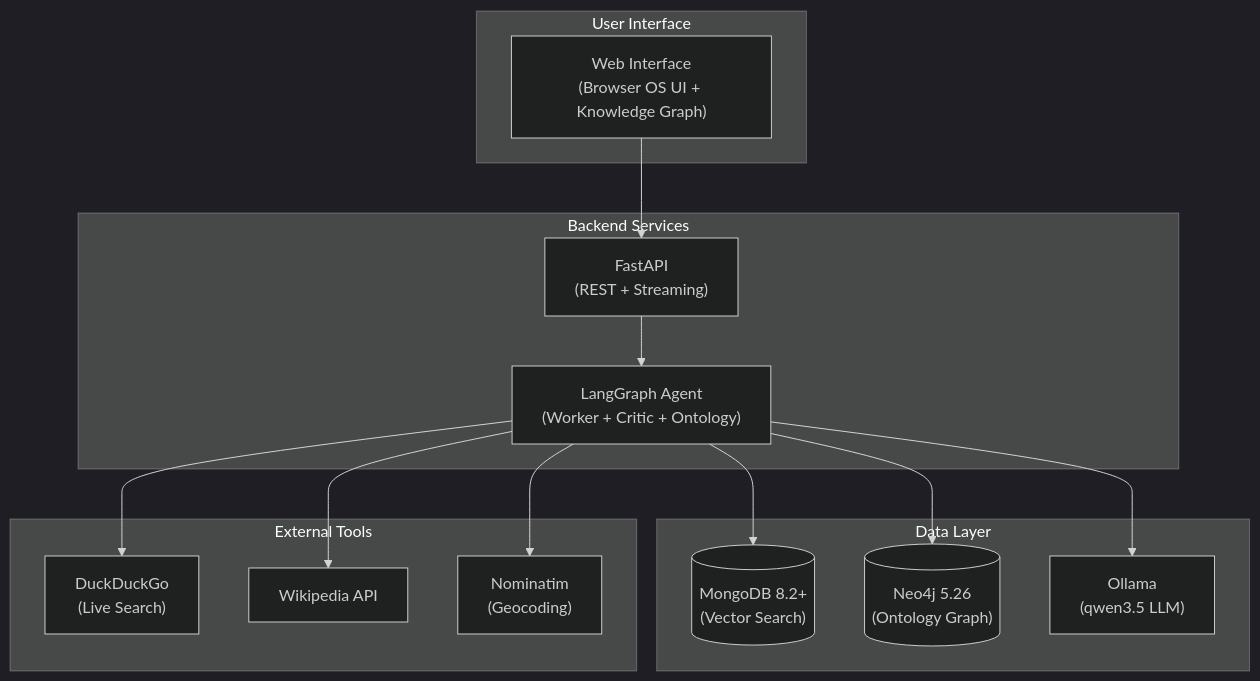
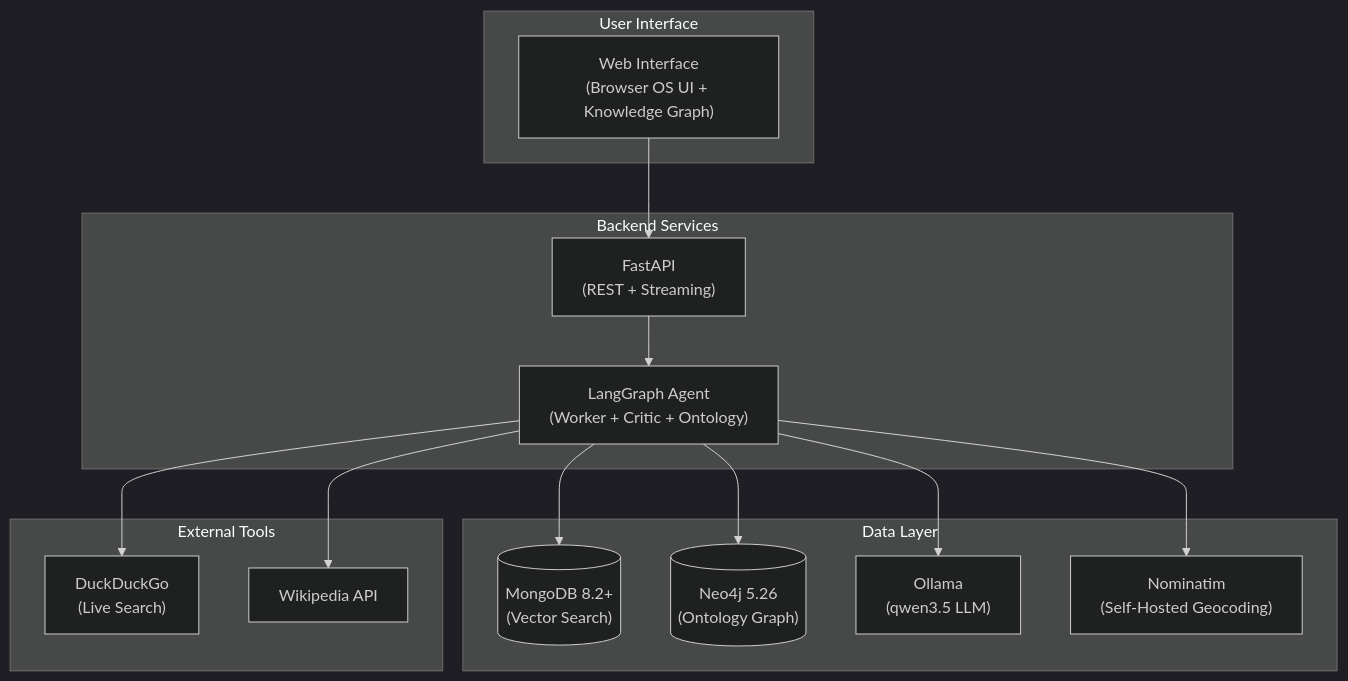
The second of 2 diagrams in README.md (fbaierl/geo-vision-lab), drawn with Mermaid before and after one commit. The commit also changed other lines of this file and 3 other files, not shown here.

Commit message:
self-hosted nomatim

````diff
--- a/README.md
+++ b/README.md
@@ -196,33 +196,33 @@
 ```mermaid
 %%{init: {'theme': 'dark'}}%%
 graph TB
     subgraph User["User Interface"]
         UI["Web Interface<br/>(Browser OS UI + Knowledge Graph)"]
     end
 
     subgraph Backend["Backend Services"]
         API["FastAPI<br/>(REST + Streaming)"]
         AGENT["LangGraph Agent<br/>(Worker + Critic + Ontology)"]
     end
 
     subgraph Data["Data Layer"]
         MDB[("MongoDB 8.2+<br/>(Vector Search)")]
         N4J[("Neo4j 5.26<br/>(Ontology Graph)")]
         OL["Ollama<br/>(qwen3.5 LLM)"]
+        NOM["Nominatim<br/>(Self-Hosted Geocoding)"]
     end
 
     subgraph Tools["External Tools"]
         WEB["DuckDuckGo<br/>(Live Search)"]
         WIKI["Wikipedia API"]
-        NOM["Nominatim<br/>(Geocoding)"]
     end
 
     UI --> API
     API --> AGENT
     AGENT --> MDB
     AGENT --> N4J
     AGENT --> OL
+    AGENT --> NOM
     AGENT --> WEB
     AGENT --> WIKI
-    AGENT --> NOM
 ```
````
